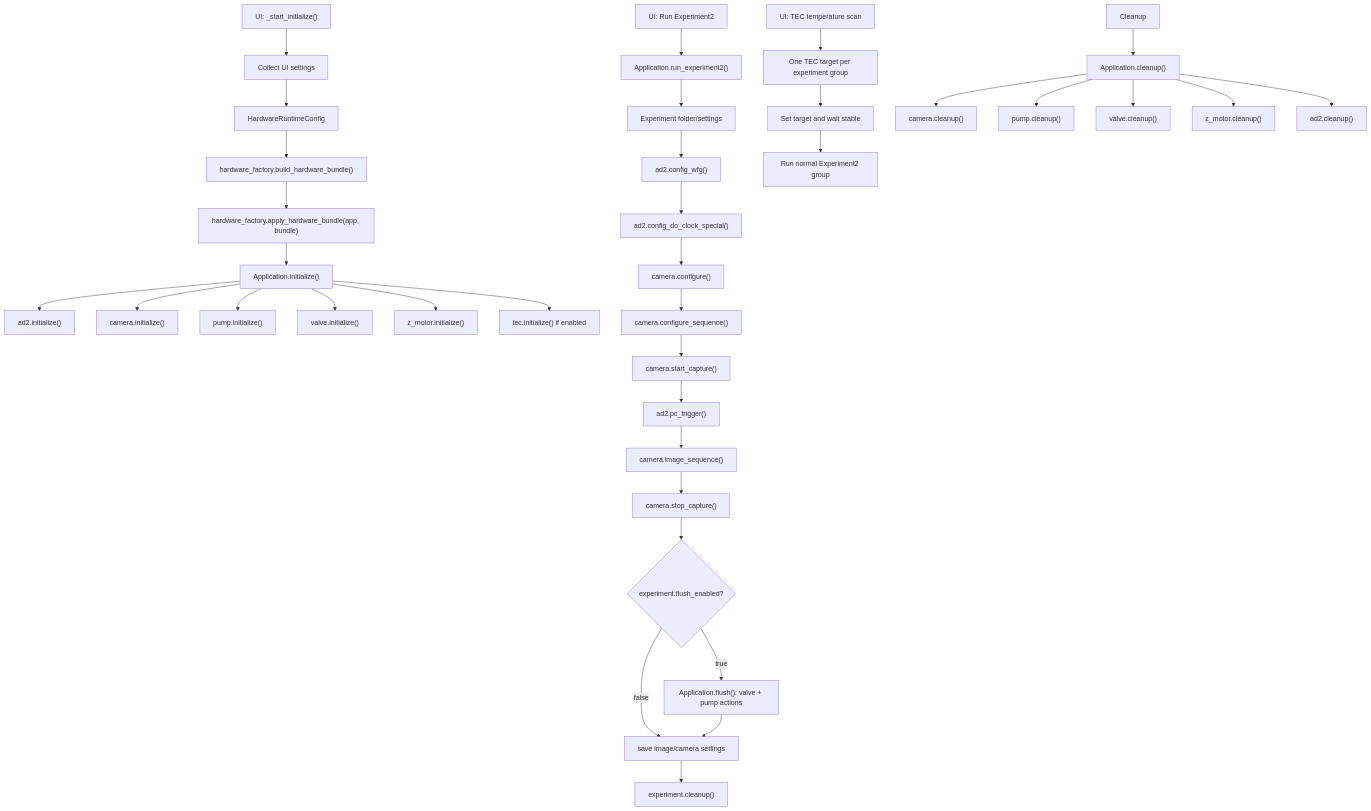
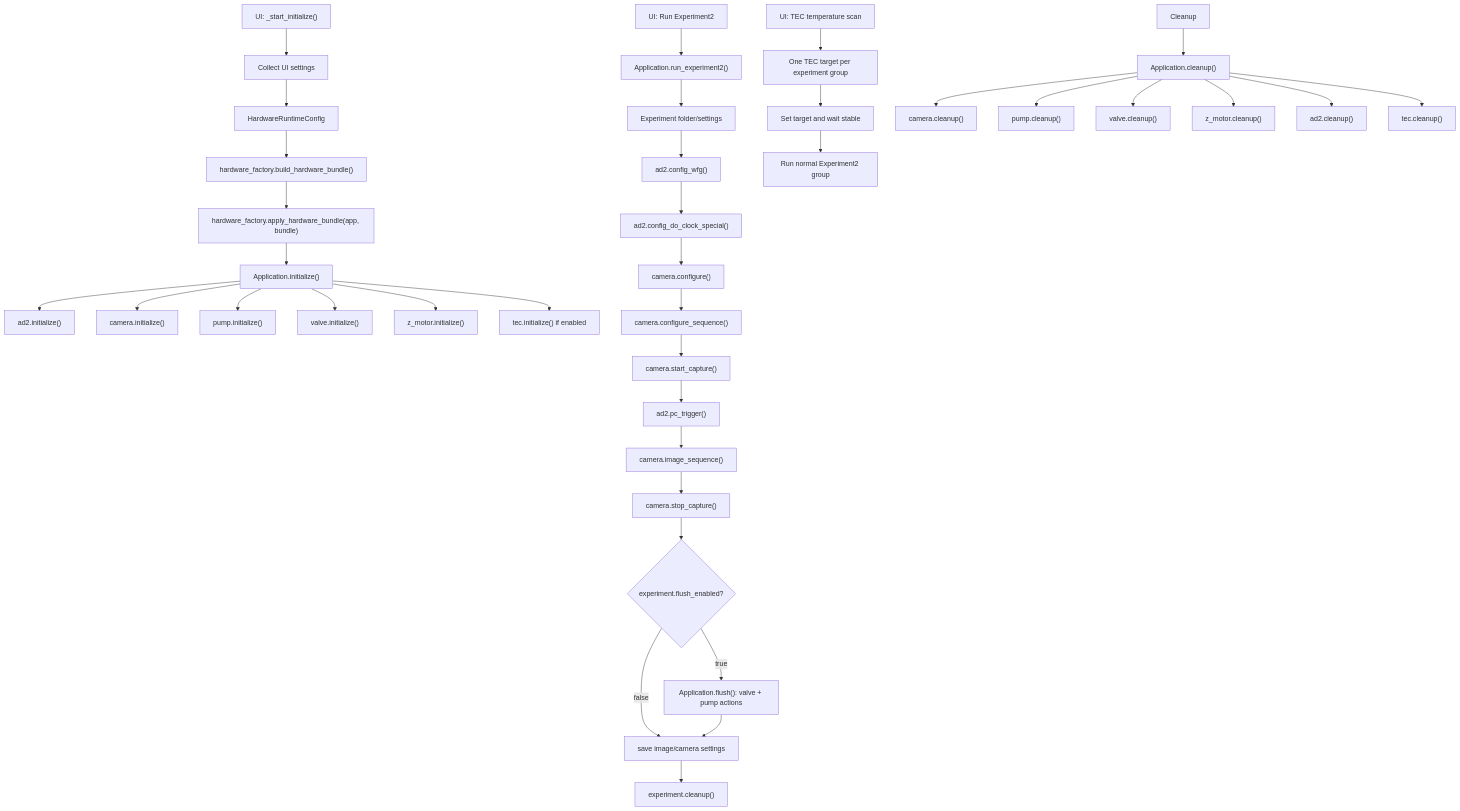
The diagram in docs/current_workflow_audit.md (surfguden/thermoacousticstreaming_python), drawn with Mermaid before and after one commit. The commit also changed other lines of this file and 44 other files, not shown here.

````diff
--- a/docs/current_workflow_audit.md
+++ b/docs/current_workflow_audit.md
@@ -27,41 +27,42 @@
 ```mermaid
 flowchart TD
     A["UI: _start_initialize()"] --> B["Collect UI settings"]
     B --> C["HardwareRuntimeConfig"]
     C --> D["hardware_factory.build_hardware_bundle()"]
     D --> E["hardware_factory.apply_hardware_bundle(app, bundle)"]
     E --> F["Application.initialize()"]
     F --> G["ad2.initialize()"]
     F --> H["camera.initialize()"]
     F --> I["pump.initialize()"]
     F --> J["valve.initialize()"]
     F --> K["z_motor.initialize()"]
     F --> K2["tec.initialize() if enabled"]
 
     L["UI: Run Experiment2"] --> M["Application.run_experiment2()"]
     M --> N["Experiment folder/settings"]
     N --> O["ad2.config_wfg()"]
     O --> P["ad2.config_do_clock_special()"]
     P --> Q["camera.configure()"]
     Q --> R["camera.configure_sequence()"]
     R --> S["camera.start_capture()"]
     S --> T["ad2.pc_trigger()"]
     T --> U["camera.image_sequence()"]
     U --> V["camera.stop_capture()"]
     V --> W{"experiment.flush_enabled?"}
     W -- false --> X["save image/camera settings"]
     W -- true --> Y["Application.flush(): valve + pump actions"]
     Y --> X
     X --> Z["experiment.cleanup()"]
 
     L2["UI: TEC temperature scan"] --> M2["One TEC target per experiment group"]
     M2 --> N2["Set target and wait stable"]
     N2 --> O2["Run normal Experiment2 group"]
 
     AA["Cleanup"] --> AB["Application.cleanup()"]
     AB --> AC["camera.cleanup()"]
     AB --> AD["pump.cleanup()"]
     AB --> AE["valve.cleanup()"]
     AB --> AF["z_motor.cleanup()"]
     AB --> AG["ad2.cleanup()"]
+    AB --> AH["tec.cleanup()"]
 ```
````
